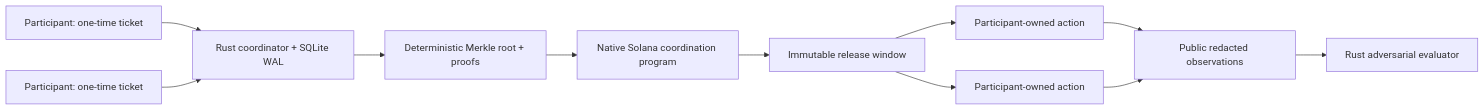
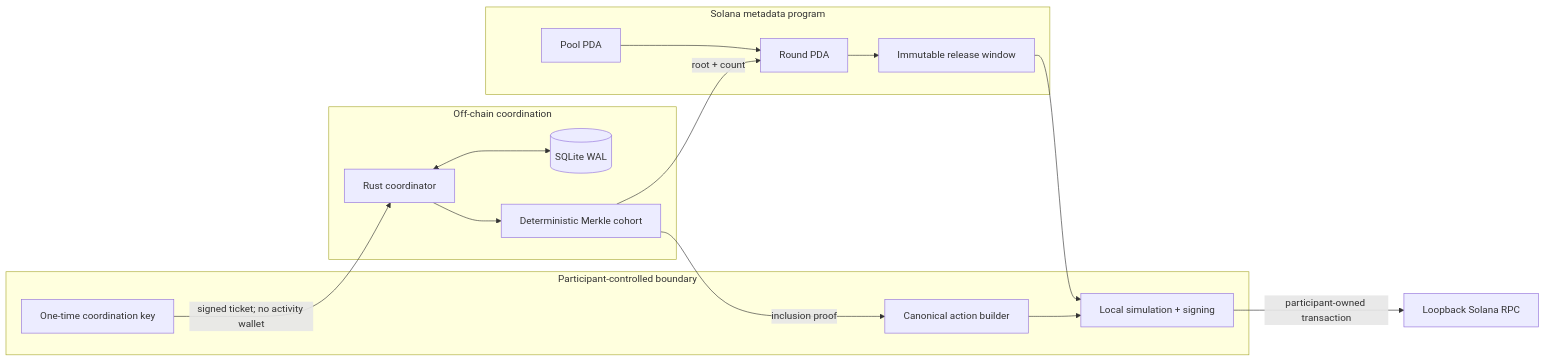
One commit to lucascpas23/mirror-pool changed the diagram in README.md. Above: the diagram before and after it, drawn with Mermaid. The commit also changed other lines of this file and 2 other files, not shown here.

````diff
--- a/README.md
+++ b/README.md
@@ -11,13 +58,30 @@
 ```mermaid
 flowchart LR
-  P1["Participant: one-time ticket"] --> C["Rust coordinator + SQLite WAL"]
-  P2["Participant: one-time ticket"] --> C
-  C --> M["Deterministic Merkle root + proofs"]
-  M --> O["Native Solana coordination program"]
-  O --> W["Immutable release window"]
-  W --> A1["Participant-owned action"]
-  W --> A2["Participant-owned action"]
-  A1 --> R["Public redacted observations"]
-  A2 --> R
-  R --> E["Rust adversarial evaluator"]
+  subgraph Participant["Participant-controlled boundary"]
+    K["One-time coordination key"]
+    A["Canonical action builder"]
+    S["Local simulation + signing"]
+  end
+
+  subgraph Offchain["Off-chain coordination"]
+    C["Rust coordinator"]
+    DB[("SQLite WAL")]
+    M["Deterministic Merkle cohort"]
+  end
+
+  subgraph Solana["Solana metadata program"]
+    P["Pool PDA"]
+    R["Round PDA"]
+    W["Immutable release window"]
+  end
+
+  K -->|"signed ticket; no activity wallet"| C
+  C <--> DB
+  C --> M
+  M -->|"root + count"| R
+  P --> R --> W
+  M -->|"inclusion proof"| A
+  W --> S
+  A --> S
+  S -->|"participant-owned transaction"| RPC["Loopback Solana RPC"]
 ```
````
